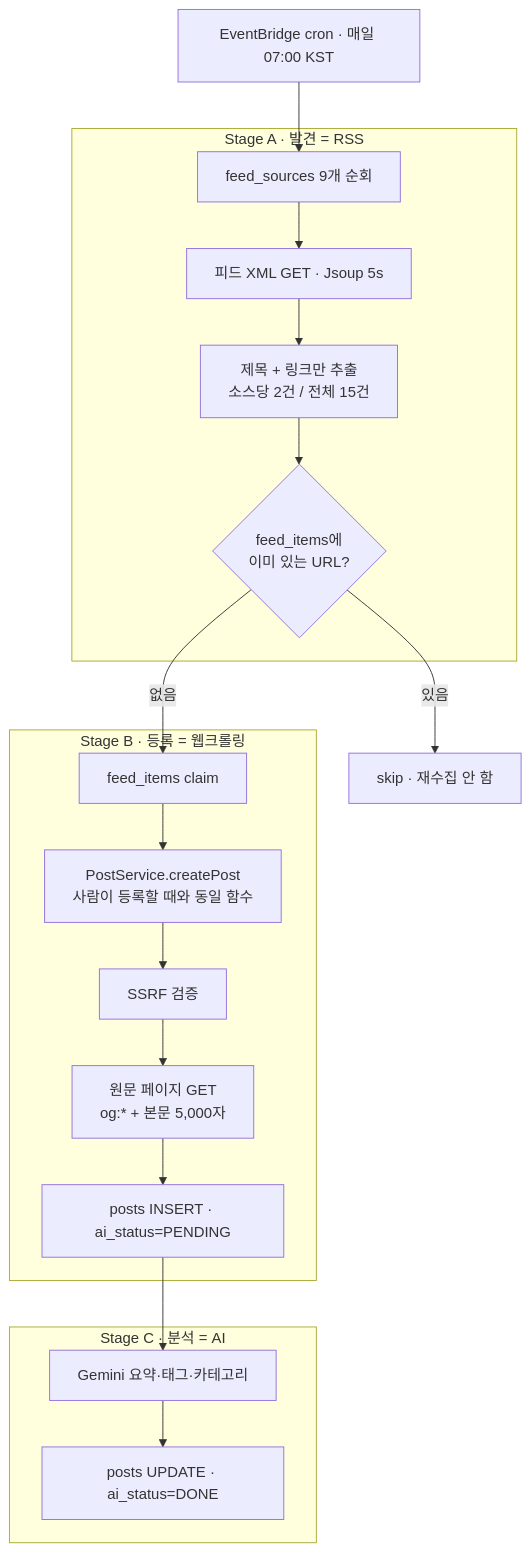
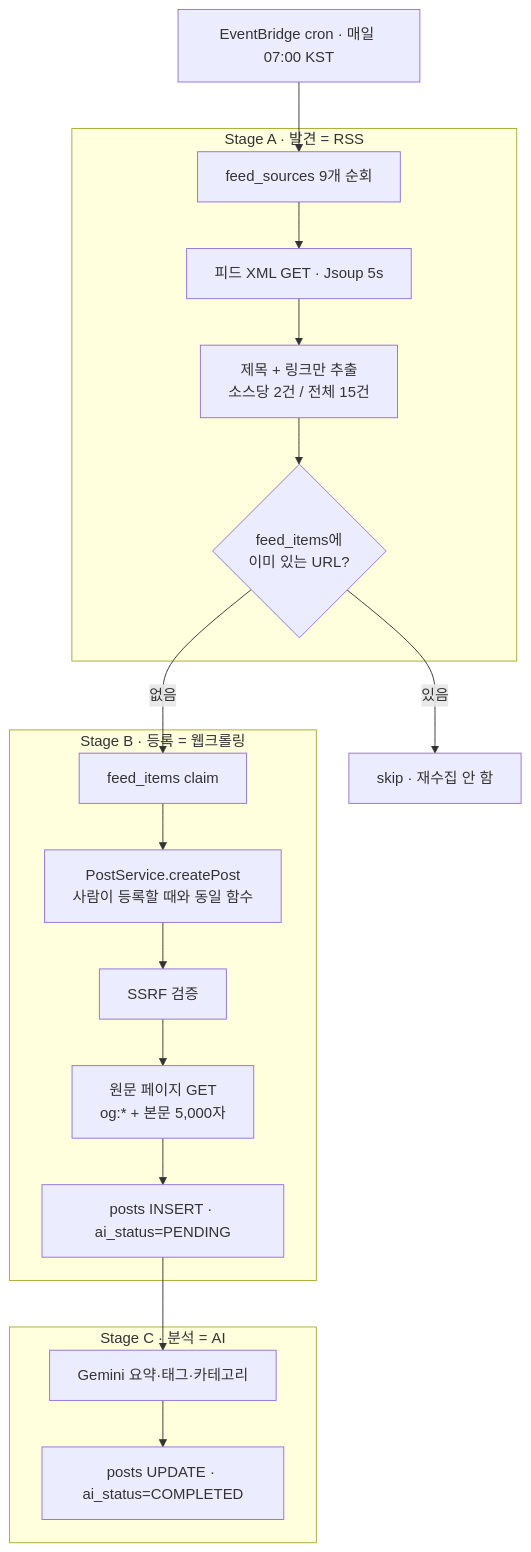
One commit to BAECHAN/link-sphere_BE_NEW changed the diagram in docs/RSS-FEED-BOT.md. Above: the diagram before and after it, drawn with Mermaid. The commit also changed other lines of this file and 1 other file, not shown here.

````diff
--- a/docs/RSS-FEED-BOT.md
+++ b/docs/RSS-FEED-BOT.md
@@ -52,26 +52,26 @@
 ```mermaid
 flowchart TD
   EB["EventBridge cron · 매일 07:00 KST"] --> A1
 
   subgraph SA["Stage A · 발견 = RSS"]
     A1["feed_sources 9개 순회"] --> A2["피드 XML GET · Jsoup 5s"]
     A2 --> A3["제목 + 링크만 추출<br/>소스당 2건 / 전체 15건"]
     A3 --> A4{"feed_items에<br/>이미 있는 URL?"}
   end
 
   A4 -->|있음| SKIP["skip · 재수집 안 함"]
   A4 -->|없음| B1
 
   subgraph SB["Stage B · 등록 = 웹크롤링"]
     B1["feed_items claim"] --> B2["PostService.createPost<br/>사람이 등록할 때와 동일 함수"]
     B2 --> B3["SSRF 검증"]
     B3 --> B4["원문 페이지 GET<br/>og:* + 본문 5,000자"]
     B4 --> B5["posts INSERT · ai_status=PENDING"]
   end
 
   B5 --> C1
 
   subgraph SC["Stage C · 분석 = AI"]
-    C1["Gemini 요약·태그·카테고리"] --> C2["posts UPDATE · ai_status=DONE"]
+    C1["Gemini 요약·태그·카테고리"] --> C2["posts UPDATE · ai_status=COMPLETED"]
   end
 ```
````
